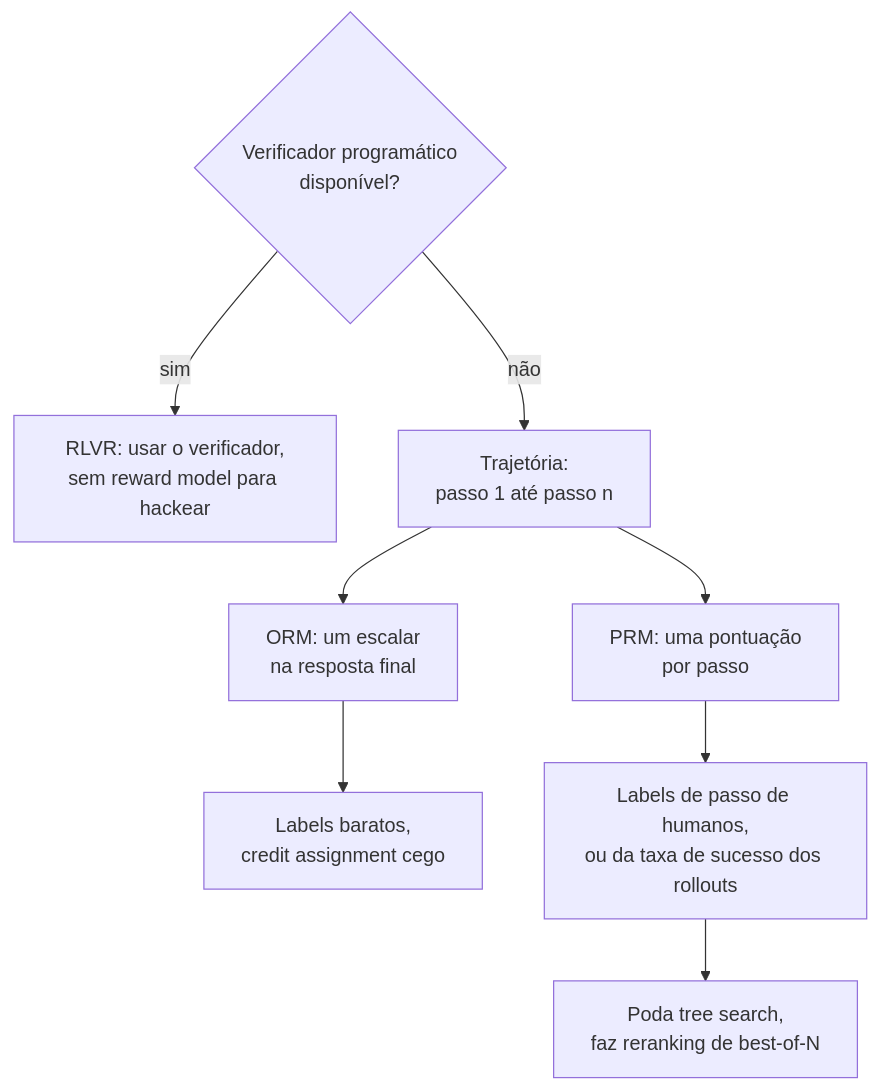
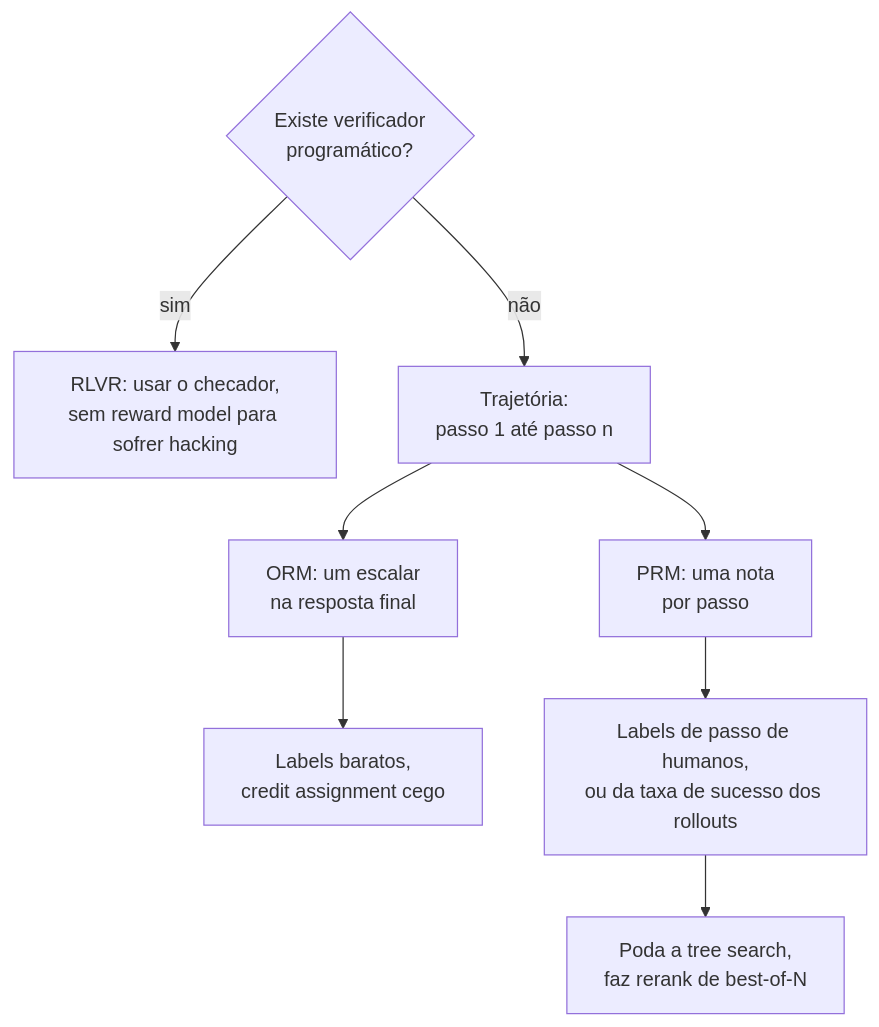
Before and after one commit to andrevberaldo/AI-Engineer-Interview-Questions: the eighth of 29 diagrams in 05-fine-tuning-and-alignment/questions.pt-BR.md, drawn with Mermaid. The commit also changed other lines of this file and 1 other file, not shown here.

````diff
--- a/05-fine-tuning-and-alignment/questions.pt-BR.md
+++ b/05-fine-tuning-and-alignment/questions.pt-BR.md
@@ -389,10 +389,10 @@
 ```mermaid
 flowchart TD
-    A{"Verificador programático<br/>disponível?"} -->|"sim"| B["RLVR: usar o verificador,<br/>sem reward model para hackear"]
+    A{"Existe verificador<br/>programático?"} -->|"sim"| B["RLVR: usar o checador,<br/>sem reward model para sofrer hacking"]
     A -->|"não"| C["Trajetória:<br/>passo 1 até passo n"]
     C --> D["ORM: um escalar<br/>na resposta final"]
-    C --> E["PRM: uma pontuação<br/>por passo"]
+    C --> E["PRM: uma nota<br/>por passo"]
     D --> F["Labels baratos,<br/>credit assignment cego"]
     E --> G["Labels de passo de humanos,<br/>ou da taxa de sucesso dos rollouts"]
-    G --> H["Poda tree search,<br/>faz reranking de best-of-N"]
+    G --> H["Poda a tree search,<br/>faz rerank de best-of-N"]
 ```
````
